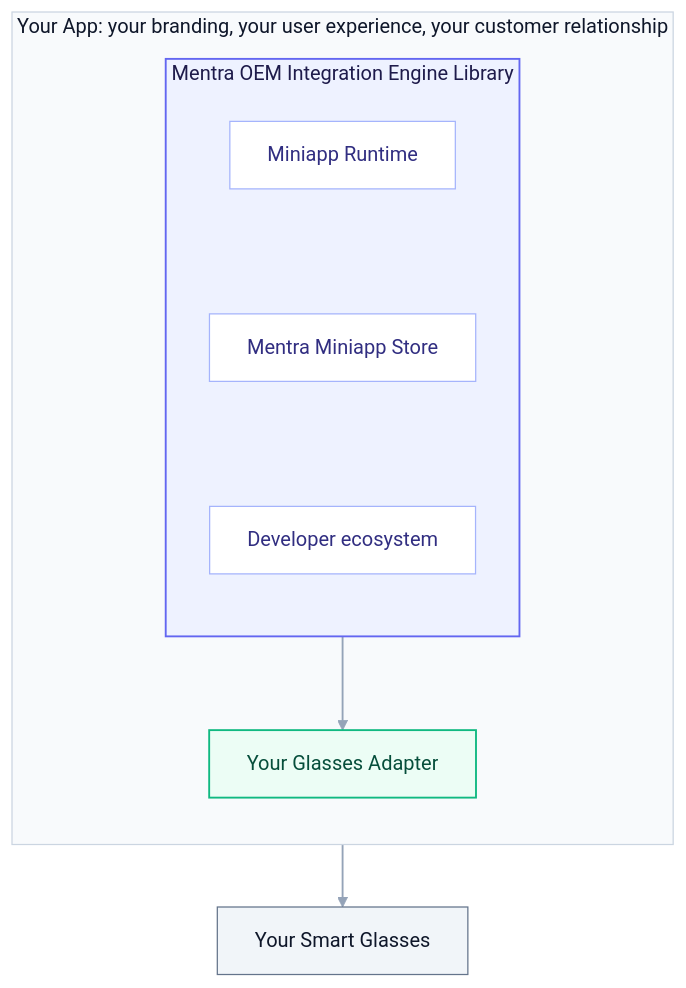
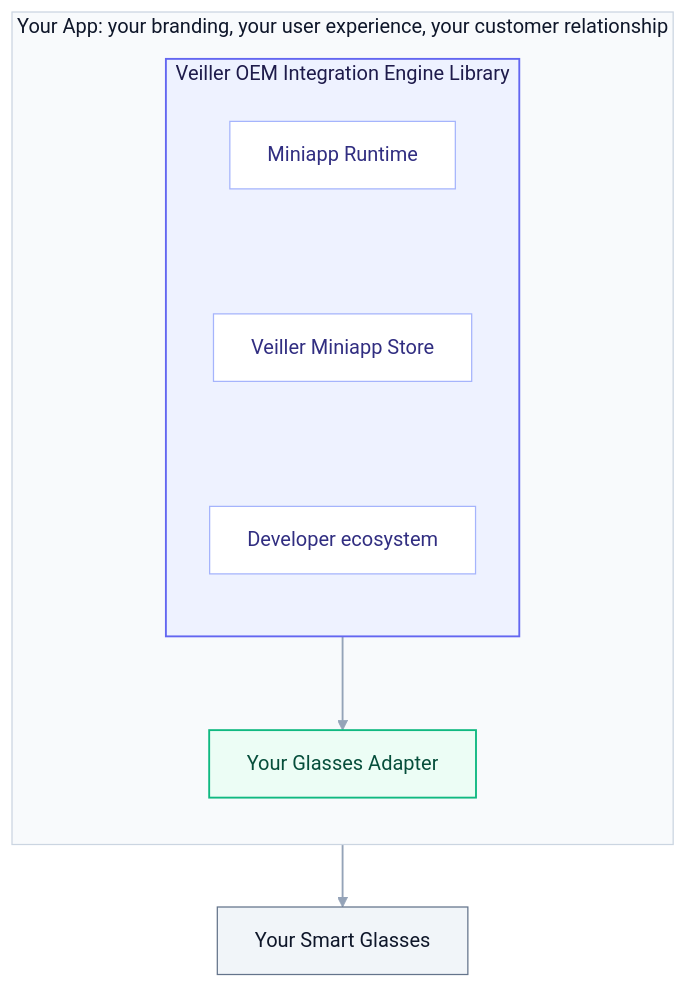
One commit to xerktech/Veiller changed the diagram in mintlify-docs/glasses-oems/overview.mdx. Above: the diagram before and after it, drawn with Mermaid (base theme). The commit also changed other lines of this file and 2317 other files, not shown here.

````diff
--- a/mintlify-docs/glasses-oems/overview.mdx
+++ b/mintlify-docs/glasses-oems/overview.mdx
@@ -18,35 +18,35 @@
 ```mermaid
 %%{init: {"flowchart": {"curve": "linear"}}}%%
 flowchart TB
   subgraph App["Your App: your branding, your user experience, your customer relationship"]
     direction TB
-    subgraph Engine["Mentra OEM Integration Engine Library"]
+    subgraph Engine["Veiller OEM Integration Engine Library"]
       direction TB
       F1["Miniapp Runtime"]
-      F2["Mentra Miniapp Store"]
+      F2["Veiller Miniapp Store"]
       F3["Developer ecosystem"]
       F1 ~~~ F2
       F2 ~~~ F3
     end
     Adapter["Your Glasses Adapter"]
     Engine --> Adapter
   end
 
   Adapter --> Glasses["Your Smart Glasses"]
 
   classDef app fill:#f8fafc,stroke:#cbd5e1,stroke-width:1px,color:#0f172a
   classDef engine fill:#eef2ff,stroke:#6366f1,stroke-width:1.5px,color:#1e1b4b
   classDef feature fill:#ffffff,stroke:#a5b4fc,stroke-width:1px,color:#312e81
   classDef adapter fill:#ecfdf5,stroke:#10b981,stroke-width:1.5px,color:#064e3b
   classDef external fill:#f1f5f9,stroke:#64748b,stroke-width:1px,color:#0f172a
 
   class App app
   class Engine engine
   class F1,F2,F3 feature
   class Adapter adapter
   class Glasses external
 
   linkStyle 0 stroke:none
   linkStyle 1 stroke:none
   linkStyle default stroke:#94a3b8,stroke-width:1.5px
 ```
````
